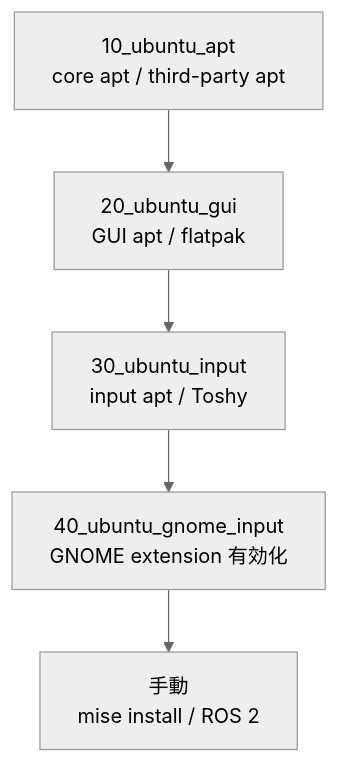
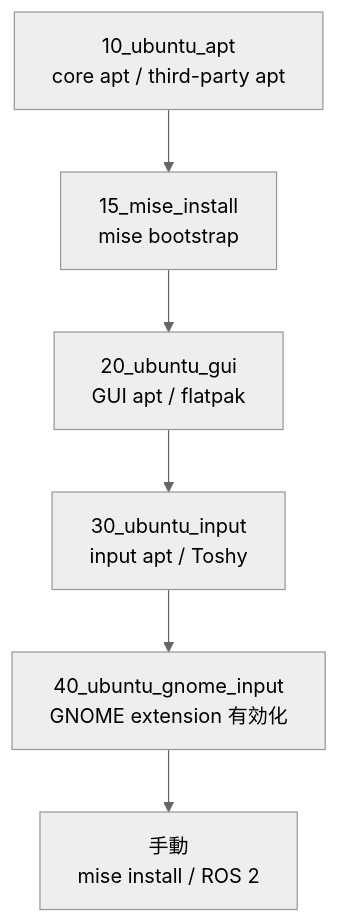
One commit to TomiXRM/dotfiles changed the first of 2 diagrams in docs/ubuntu.md. Above: the diagram before and after it, drawn with Mermaid (neutral theme). The commit also changed other lines of this file and 6 other files, not shown here.

Commit message:
Bootstrap mise with shared installer

````diff
--- a/docs/ubuntu.md
+++ b/docs/ubuntu.md
@@ -16,10 +16,11 @@
 ```mermaid
 flowchart TB
     A["10_ubuntu_apt<br/>core apt / third-party apt"]
-    B["20_ubuntu_gui<br/>GUI apt / flatpak"]
-    C["30_ubuntu_input<br/>input apt / Toshy"]
-    D["40_ubuntu_gnome_input<br/>GNOME extension 有効化"]
-    E["手動<br/>mise install / ROS 2"]
+    B["15_mise_install<br/>mise bootstrap"]
+    C["20_ubuntu_gui<br/>GUI apt / flatpak"]
+    D["30_ubuntu_input<br/>input apt / Toshy"]
+    E["40_ubuntu_gnome_input<br/>GNOME extension 有効化"]
+    F["手動<br/>mise install / ROS 2"]
 
-    A --> B --> C --> D --> E
+    A --> B --> C --> D --> E --> F
 ```
````
